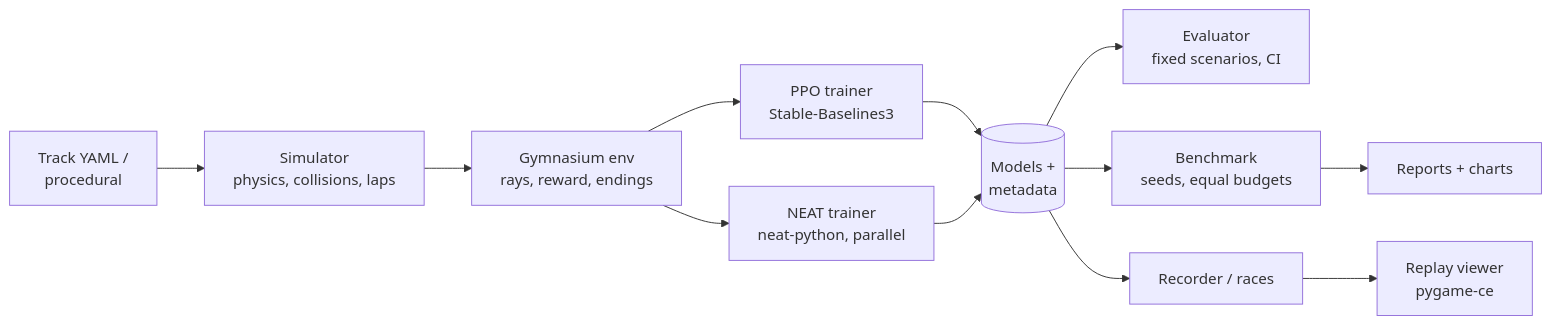
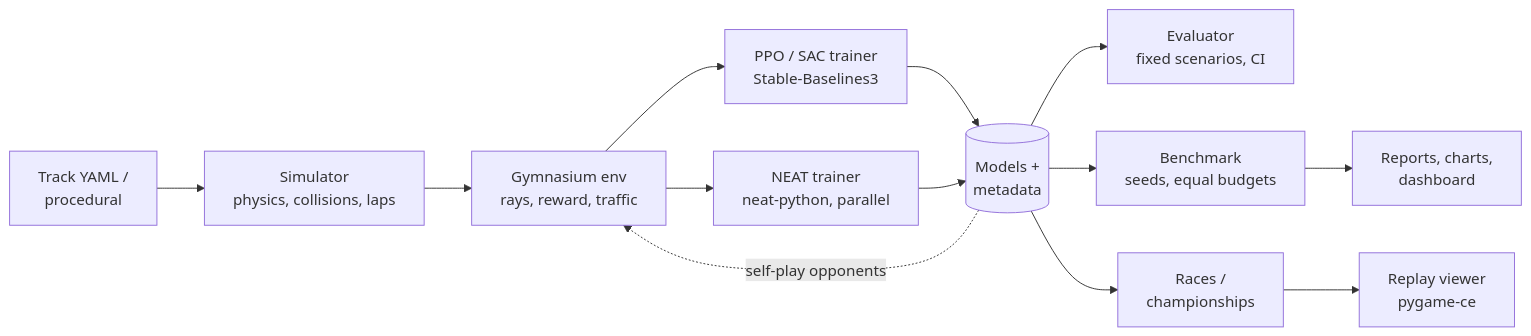
The diagram in README.md (Mosab246/NeuroDrive-Lab), drawn with Mermaid before and after one commit. The commit also changed other lines of this file and 4 other files, not shown here.

Commit message:
docs: README rewrite around the full results, self-play race GIF, phase index, SAC in the ML guide

````diff
--- a/README.md
+++ b/README.md
@@ -213,14 +220,15 @@
 ```mermaid
 flowchart LR
     T[Track YAML /<br/>procedural] --> S[Simulator<br/>physics, collisions, laps]
-    S --> E[Gymnasium env<br/>rays, reward, endings]
-    E --> P[PPO trainer<br/>Stable-Baselines3]
+    S --> E[Gymnasium env<br/>rays, reward, traffic]
+    E --> P[PPO / SAC trainer<br/>Stable-Baselines3]
     E --> N[NEAT trainer<br/>neat-python, parallel]
     P --> M[(Models +<br/>metadata)]
     N --> M
+    M -. self-play opponents .-> E
     M --> V[Evaluator<br/>fixed scenarios, CI]
     M --> B[Benchmark<br/>seeds, equal budgets]
-    M --> R[Recorder / races]
+    M --> R[Races /<br/>championships]
     R --> U[Replay viewer<br/>pygame-ce]
-    B --> Rep[Reports + charts]
+    B --> Rep[Reports, charts,<br/>dashboard]
 ```
````
